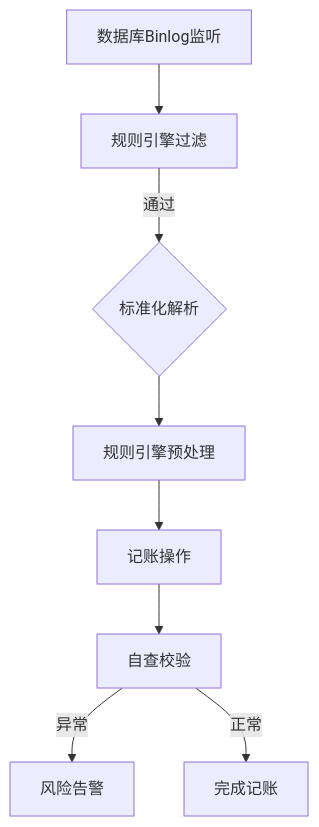
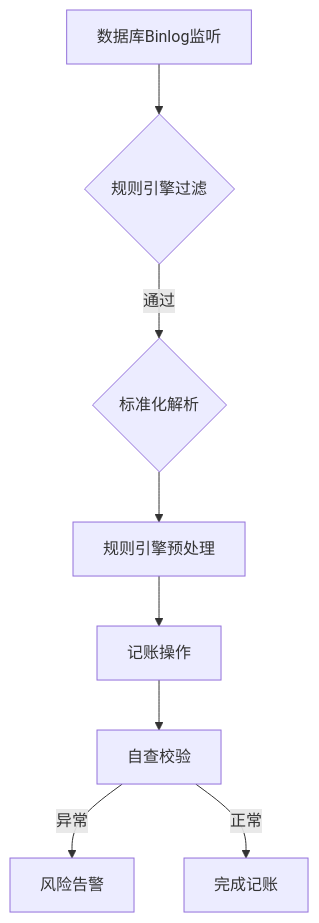
The diagram in all/架构流程.md (87828943/iodraw-files), drawn with Mermaid before and after one commit.

Commit message:
2025-07-07 10:54:37 update

````diff
--- a/all/架构流程.md
+++ b/all/架构流程.md
@@ -1,10 +1,10 @@
 ```mermaid
 graph TD
-    A[数据库Binlog监听] --> B[规则引擎过滤]
+    A[数据库Binlog监听] --> B{规则引擎过滤}
     B -->|通过| C{标准化解析}
     C --> D[规则引擎预处理]
     D --> E[记账操作]
     E --> F[自查校验]
     F -->|异常| G[风险告警]
     F -->|正常| H[完成记账]
 ```
````
